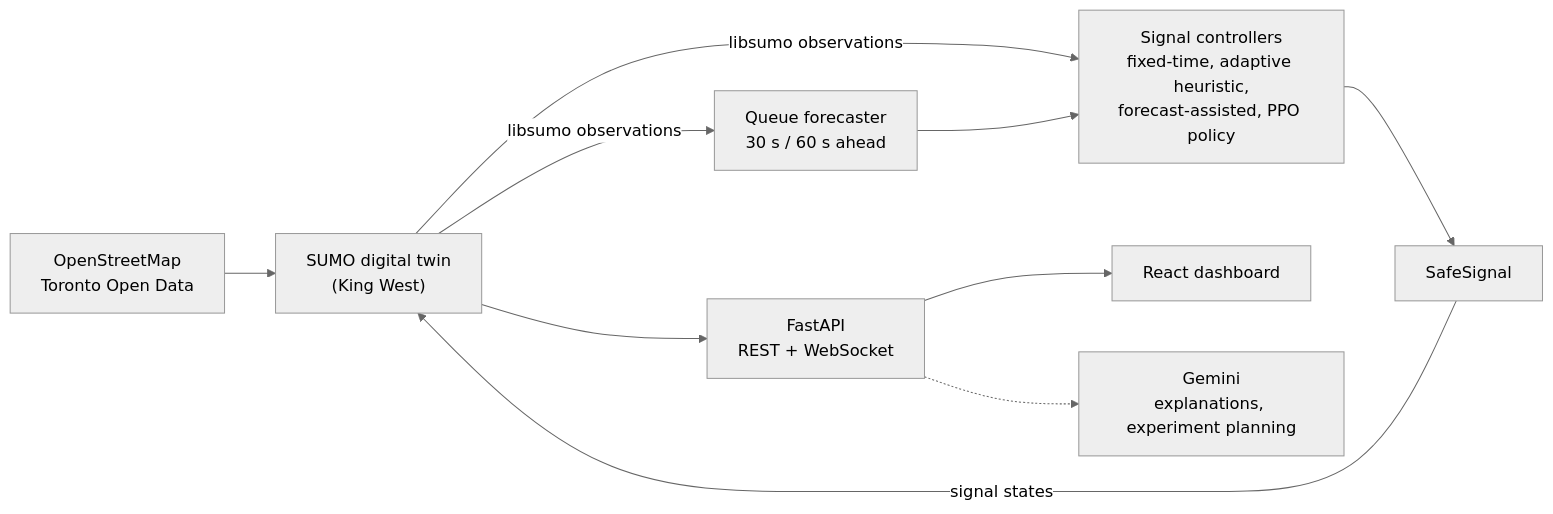
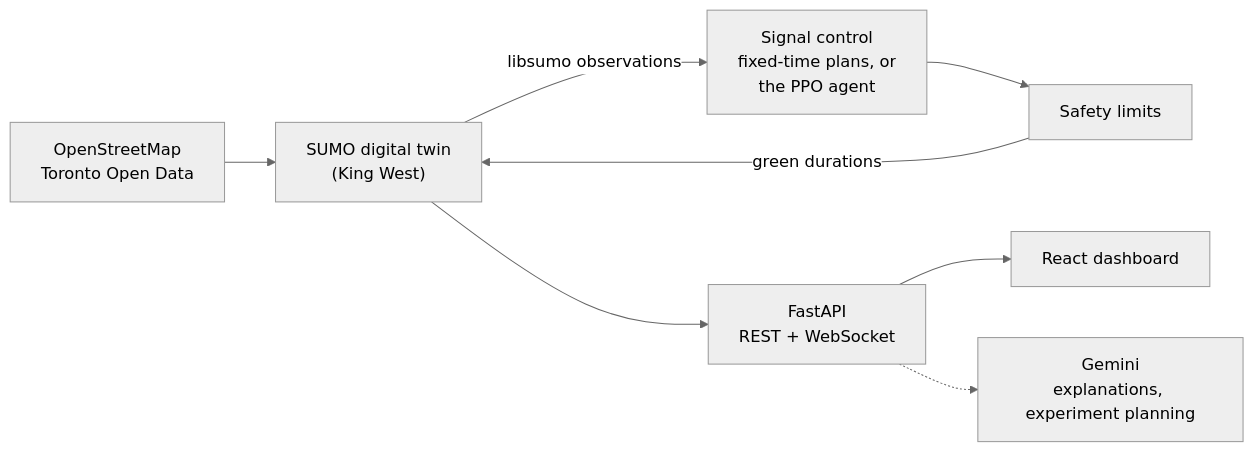
The diagram in README.md (coltonalmeida/flow_state), drawn with Mermaid (neutral theme) before and after one commit. The commit also changed other lines of this file and 39 other files, not shown here.

````diff
--- a/README.md
+++ b/README.md
@@ -20,12 +20,10 @@
 ```mermaid
 flowchart LR
     D["OpenStreetMap<br/>Toronto Open Data"] --> T["SUMO digital twin<br/>(King West)"]
-    T -- "libsumo observations" --> F["Queue forecaster<br/>30 s / 60 s ahead"]
-    T -- "libsumo observations" --> C["Signal controllers<br/>fixed-time, adaptive heuristic,<br/>forecast-assisted, PPO policy"]
-    F --> C
-    C --> S["SafeSignal"]
-    S -- "signal states" --> T
+    T -- "libsumo observations" --> C["Signal control<br/>fixed-time plans, or<br/>the PPO agent"]
+    C --> S["Safety limits"]
+    S -- "green durations" --> T
     T --> A["FastAPI<br/>REST + WebSocket"]
     A --> U["React dashboard"]
     A -.-> G["Gemini<br/>explanations, experiment planning"]
 ```
````
